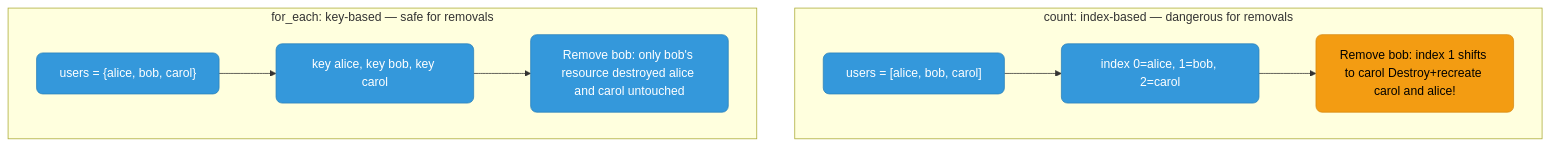
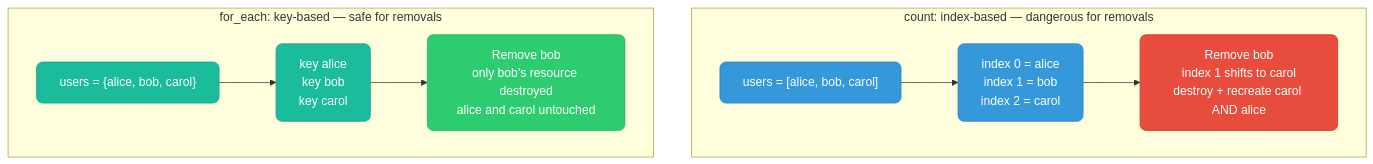
One commit to deepanshu-rawat6/DevOpsIndex changed the ninth of 9 diagrams in iac/README.md. Above: the diagram before and after it, drawn with Mermaid. The commit also changed other lines of this file and 17 other files, not shown here.

````diff
--- a/iac/README.md
+++ b/iac/README.md
@@ -267,22 +435,22 @@
 ```mermaid
 graph TD
     classDef blue fill:#3498db,stroke:#2980b9,color:#fff,rx:8
     classDef green fill:#2ecc71,stroke:#27ae60,color:#fff,rx:8
     classDef red fill:#e74c3c,stroke:#c0392b,color:#fff,rx:8
     classDef orange fill:#e67e22,stroke:#d35400,color:#fff,rx:8
     classDef purple fill:#9b59b6,stroke:#8e44ad,color:#fff,rx:8
     classDef teal fill:#1abc9c,stroke:#16a085,color:#fff,rx:8
     classDef dark fill:#2c3e50,stroke:#1a252f,color:#fff,rx:8
     classDef yellow fill:#f39c12,stroke:#d68910,color:#000,rx:8
     classDef k8s fill:#326ce5,stroke:#254ea8,color:#fff,rx:8
     classDef aws fill:#ff9900,stroke:#cc7a00,color:#000,rx:8
     subgraph CountDanger["count: index-based — dangerous for removals"]
-        C1["users = [alice, bob, carol]"]:::blue --> C2["index 0=alice, 1=bob, 2=carol"]:::blue
-        C2 --> C3["Remove bob: index 1 shifts to carol Destroy+recreate carol and alice!"]:::yellow
+        C1["users = [alice, bob, carol]"]:::blue --> C2["index 0 = alice<br/>index 1 = bob<br/>index 2 = carol"]:::blue
+        C2 --> C3["Remove bob<br/>index 1 shifts to carol<br/>destroy + recreate carol AND alice"]:::red
     end
 
     subgraph ForEachSafe["for_each: key-based — safe for removals"]
-        F1["users = {alice, bob, carol}"]:::blue --> F2["key alice, key bob, key carol"]:::blue
-        F2 --> F3["Remove bob: only bob's resource destroyed alice and carol untouched"]:::blue
+        F1["users = {alice, bob, carol}"]:::teal --> F2["key alice<br/>key bob<br/>key carol"]:::teal
+        F2 --> F3["Remove bob<br/>only bob's resource destroyed<br/>alice and carol untouched"]:::green
     end
 ```
````
